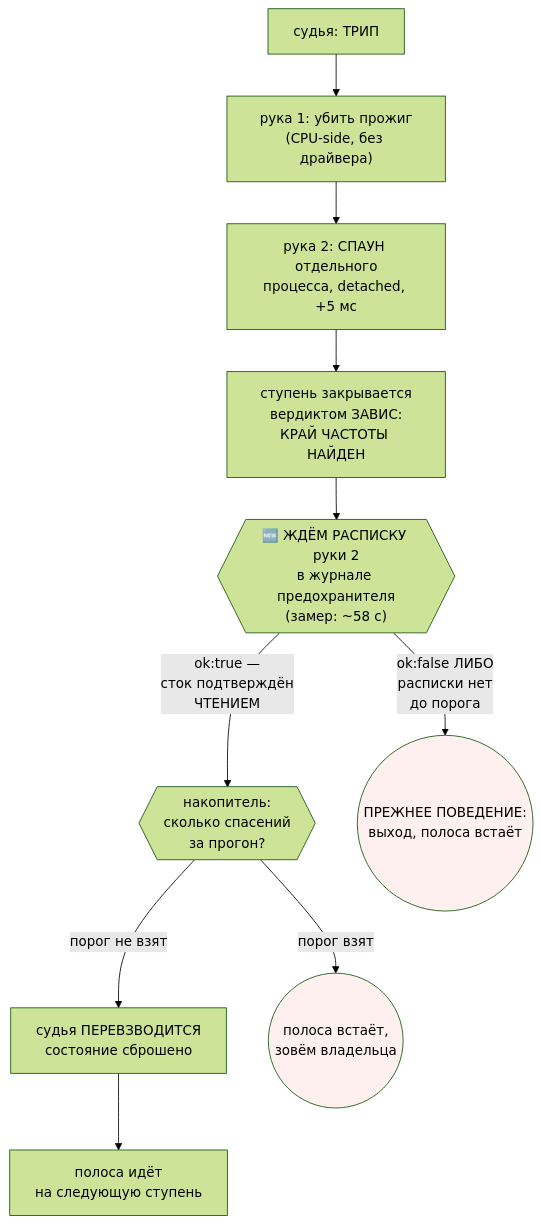
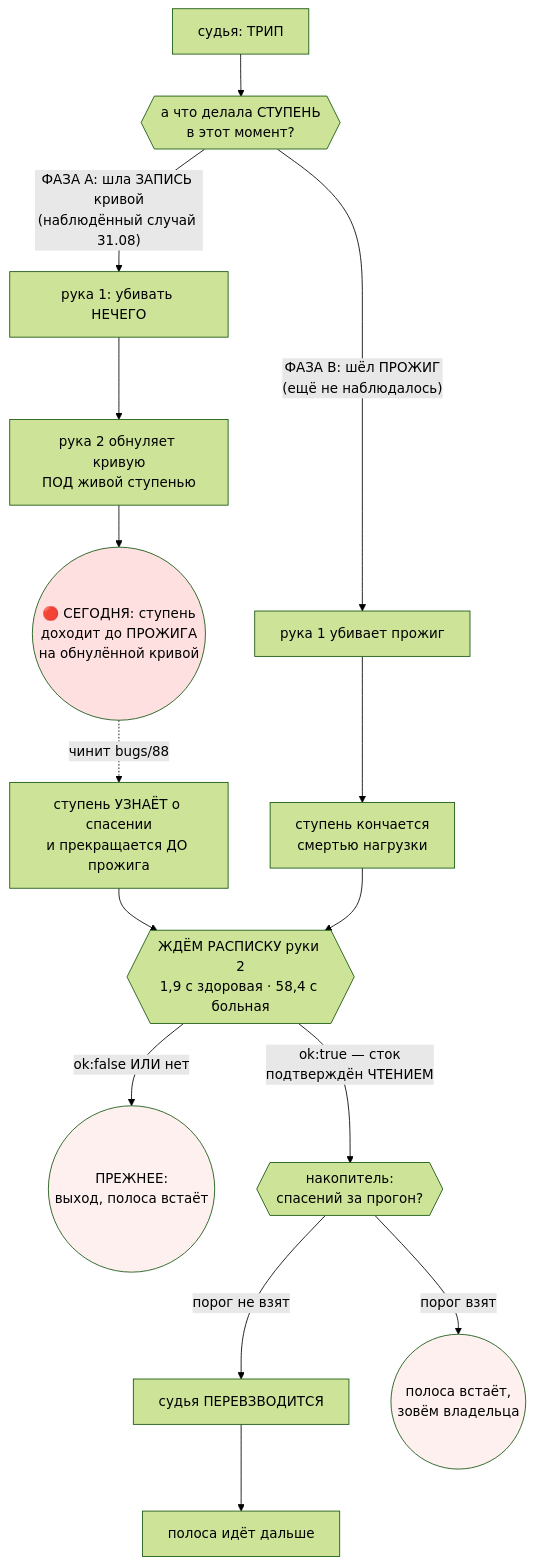
Before and after one commit to MikalaiKryvusha/KAGO: the diagram in plans/81_the_fuse_survives_the_rescue_and_the_band_goes_on.md, drawn with Mermaid (forest theme). The commit also changed other lines of this file and 4 other files, not shown here.

````diff
--- a/plans/81_the_fuse_survives_the_rescue_and_the_band_goes_on.md
+++ b/plans/81_the_fuse_survives_the_rescue_and_the_band_goes_on.md
@@ -85,15 +52,24 @@
 ```mermaid
 flowchart TD
-    T["судья: ТРИП"] --> H1["рука 1: убить прожиг<br/>(CPU-side, без драйвера)"]
-    H1 --> H2["рука 2: СПАУН отдельного<br/>процесса, detached, +5 мс"]
-    H2 --> V["ступень закрывается<br/>вердиктом ЗАВИС:<br/>КРАЙ ЧАСТОТЫ НАЙДЕН"]
-    V --> W{{"🆕 ЖДЁМ РАСПИСКУ руки 2<br/>в журнале предохранителя<br/>(замер: ~58 с)"}}
-    W -->|"ok:true —<br/>сток подтверждён<br/>ЧТЕНИЕМ"| L{{"накопитель:<br/>сколько спасений<br/>за прогон?"}}
-    W -->|"ok:false ЛИБО<br/>расписки нет<br/>до порога"| S1(("ПРЕЖНЕЕ ПОВЕДЕНИЕ:<br/>выход, полоса встаёт"))
-    L -->|"порог не взят"| R["судья ПЕРЕВЗВОДИТСЯ<br/>состояние сброшено"]
-    R --> N["полоса идёт<br/>на следующую ступень"]
+    T["судья: ТРИП"] --> Q{{"а что делала СТУПЕНЬ<br/>в этот момент?"}}
+
+    Q -->|"ФАЗА A: шла ЗАПИСЬ кривой<br/>(наблюдённый случай 31.08)"| A1["рука 1: убивать НЕЧЕГО"]
+    A1 --> A2["рука 2 обнуляет кривую<br/>ПОД живой ступенью"]
+    A2 --> A3(("🔴 СЕГОДНЯ: ступень<br/>доходит до ПРОЖИГА<br/>на обнулённой кривой"))
+    A3 -.->|"чинит bugs/88"| A4["ступень УЗНАЁТ о спасении<br/>и прекращается ДО прожига"]
+
+    Q -->|"ФАЗА B: шёл ПРОЖИГ<br/>(ещё не наблюдалось)"| B1["рука 1 убивает прожиг"]
+    B1 --> B2["ступень кончается<br/>смертью нагрузки"]
+
+    A4 --> W{{"ЖДЁМ РАСПИСКУ руки 2<br/>1,9 с здоровая · 58,4 с больная"}}
+    B2 --> W
+    W -->|"ok:false ИЛИ нет"| S1(("ПРЕЖНЕЕ:<br/>выход, полоса встаёт"))
+    W -->|"ok:true — сток<br/>подтверждён ЧТЕНИЕМ"| L{{"накопитель:<br/>спасений за прогон?"}}
+    L -->|"порог не взят"| R["судья ПЕРЕВЗВОДИТСЯ"]
+    R --> N["полоса идёт дальше"]
     L -->|"порог взят"| S2(("полоса встаёт,<br/>зовём владельца"))
 
+    style A3 fill:#ffe0e0
     style S1 fill:#fff0f0
     style S2 fill:#fff0f0
 ```
````
